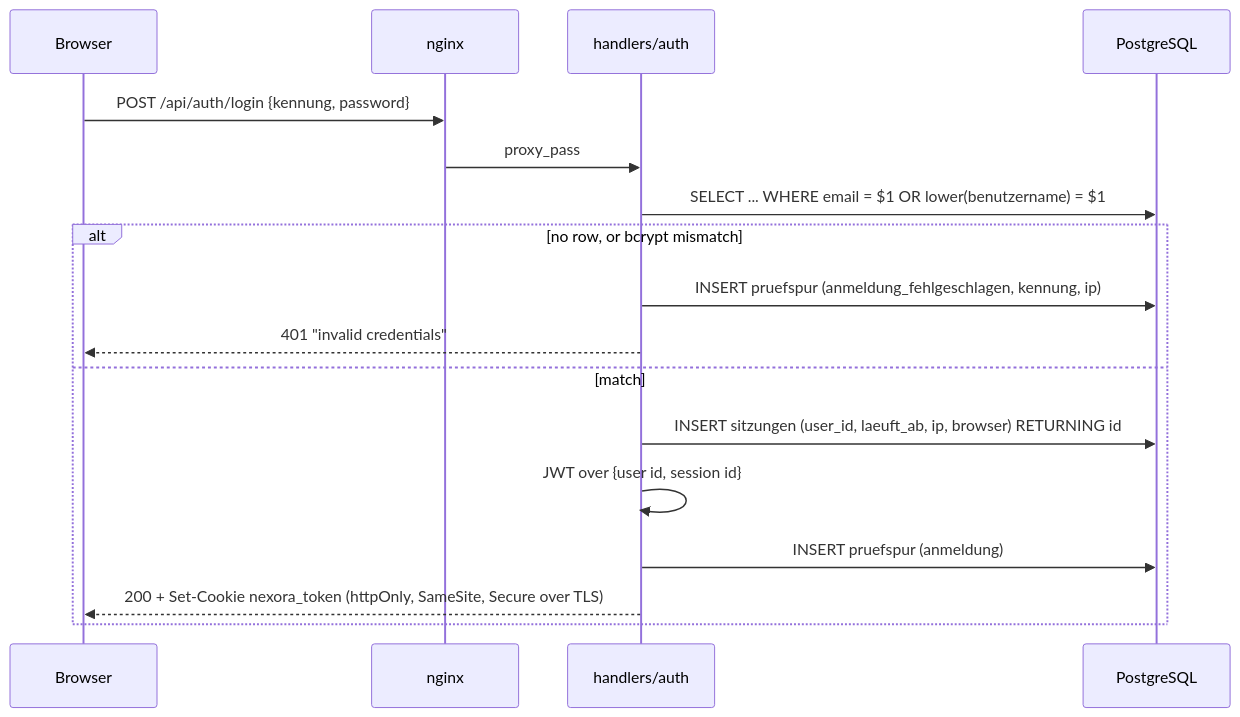
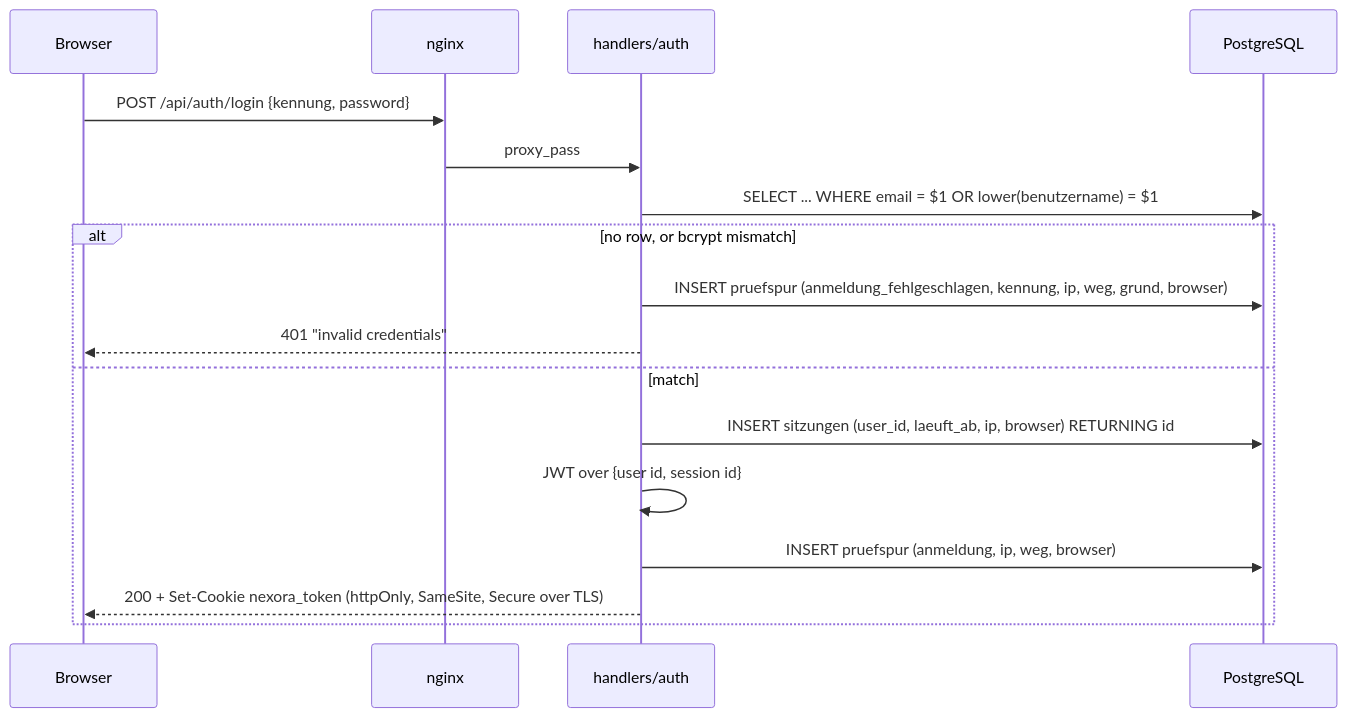
The sixth of 16 diagrams in docs/architecture.md (Dschonas04/Nexora), drawn with Mermaid before and after one commit. The commit also changed other lines of this file and 11 other files, not shown here.

````diff
--- a/docs/architecture.md
+++ b/docs/architecture.md
@@ -428,20 +428,20 @@
 ```mermaid
 sequenceDiagram
     participant B as Browser
     participant N as nginx
     participant H as handlers/auth
     participant D as PostgreSQL
 
     B->>N: POST /api/auth/login {kennung, password}
     N->>H: proxy_pass
     H->>D: SELECT ... WHERE email = $1 OR lower(benutzername) = $1
     alt no row, or bcrypt mismatch
-        H->>D: INSERT pruefspur (anmeldung_fehlgeschlagen, kennung, ip)
+        H->>D: INSERT pruefspur (anmeldung_fehlgeschlagen, kennung, ip, weg, grund, browser)
         H-->>B: 401 "invalid credentials"
     else match
         H->>D: INSERT sitzungen (user_id, laeuft_ab, ip, browser) RETURNING id
         H->>H: JWT over {user id, session id}
-        H->>D: INSERT pruefspur (anmeldung)
+        H->>D: INSERT pruefspur (anmeldung, ip, weg, browser)
         H-->>B: 200 + Set-Cookie nexora_token (httpOnly, SameSite, Secure over TLS)
     end
 ```
````
